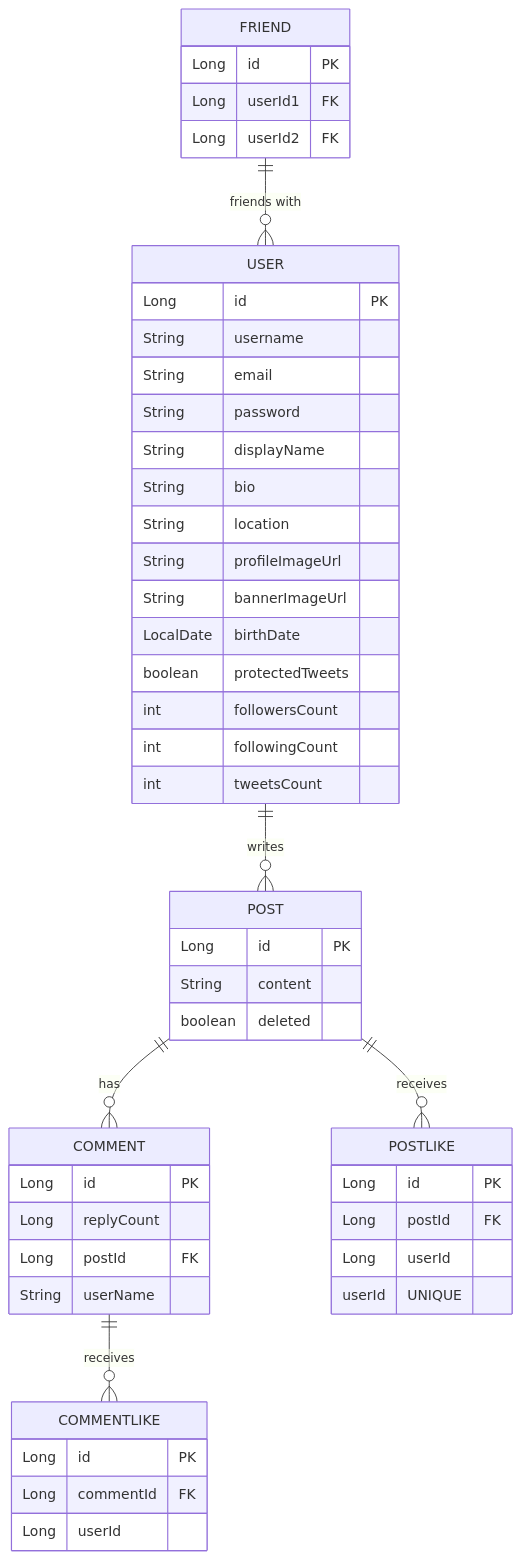
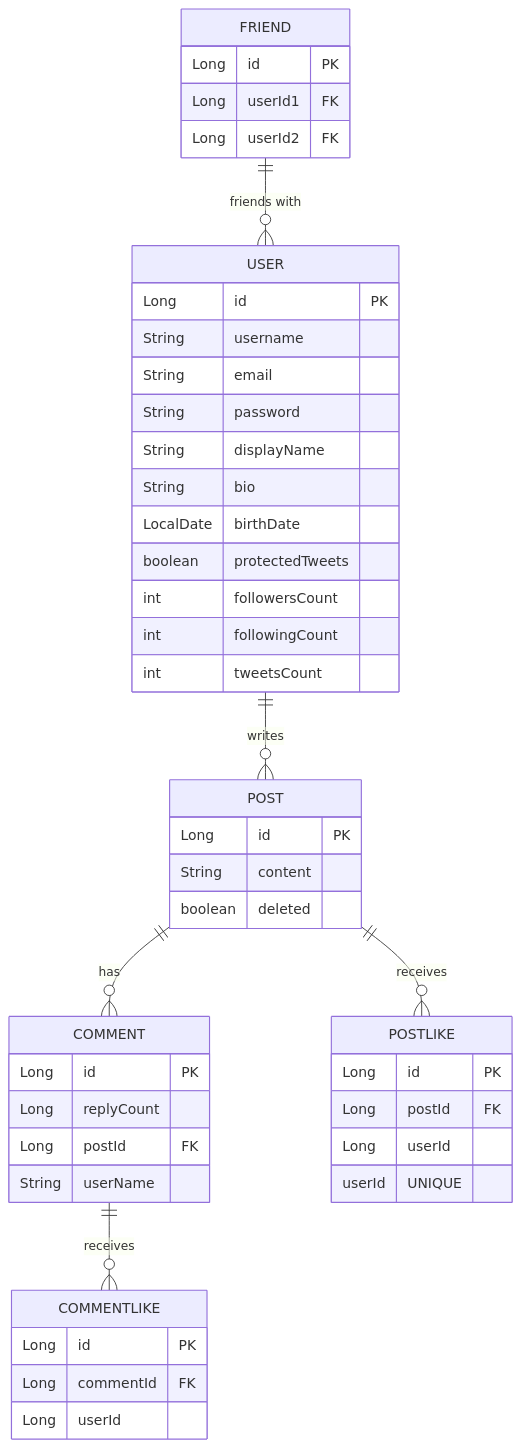
Before and after one commit to SpartaSnsProject/newsfeed: the diagram in README.md, drawn with Mermaid. The commit also changed other lines of this file, not shown here.

````diff
--- a/README.md
+++ b/README.md
@@ -23,56 +23,53 @@
 ```mermaid
 erDiagram
 
 
     USER {
         Long id PK
         String username
         String email
         String password
         String displayName
         String bio
-        String location
-        String profileImageUrl
-        String bannerImageUrl
         LocalDate birthDate
         boolean protectedTweets
         int followersCount
         int followingCount
         int tweetsCount
     }
     POST {
         Long id PK
         String content
         boolean deleted
     }
     COMMENT {
         Long id PK
         Long replyCount
         Long postId FK
         String userName
     }
     FRIEND {
         Long id PK
         Long userId1 FK
         Long userId2 FK
     }
     POSTLIKE {
         Long id PK
         Long postId FK
         Long userId
     }
     COMMENTLIKE {
         Long id PK
         Long commentId FK
         Long userId
     }
     USER ||--o{ POST : "writes"
     POST ||--o{ COMMENT : "has"
     POST ||--o{ POSTLIKE : "receives"
     COMMENT ||--o{ COMMENTLIKE : "receives"
     FRIEND ||--o{ USER : "friends with"
     %% 유니크 제약 조건
     POSTLIKE {
         userId UNIQUE
     }
 ```
````
